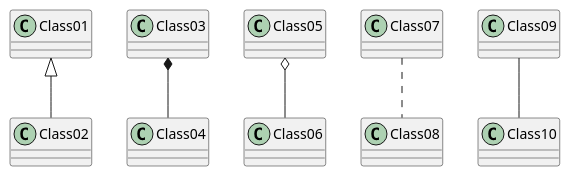
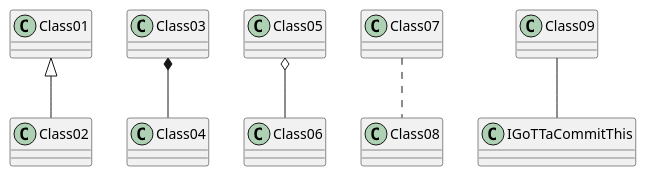
One commit to weichware10/meilensteine changed the diagram in meilenstein_03/test.puml. Above: the diagram before and after it, drawn with PlantUML. The commit also changed 1 other file, not shown here.

```diff
--- a/meilenstein_03/test.puml
+++ b/meilenstein_03/test.puml
@@ -1,7 +1,7 @@
 @startuml test
 Class01 <|-- Class02
 Class03 *-- Class04
 Class05 o-- Class06
 Class07 .. Class08
-Class09 -- Class10
+Class09 -- IGoTTaCommitThis
 @enduml
```
